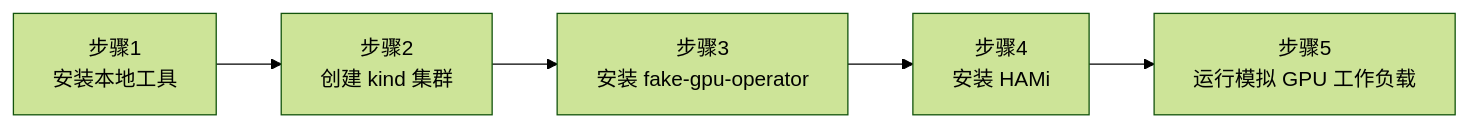
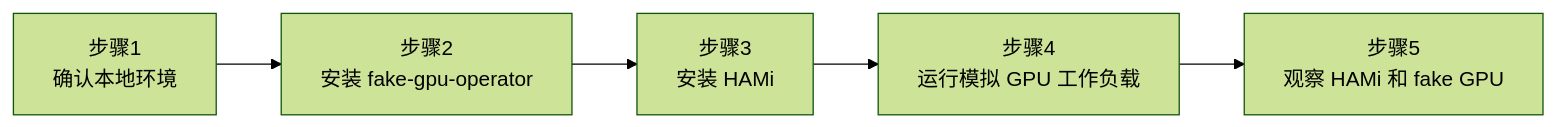
One commit to dynamia-ai/workshop changed the diagram in docs/installation/local-fake-gpu-install.md. Above: the diagram before and after it, drawn with Mermaid (forest theme). The commit also changed other lines of this file and 1 other file, not shown here.

Commit message:
Add fake GPU pod YAML and update local installation documentation for OrbStack

````diff
--- a/docs/installation/local-fake-gpu-install.md
+++ b/docs/installation/local-fake-gpu-install.md
@@ -22,7 +22,7 @@
 ```mermaid
 flowchart LR
-    Step1["步骤1<br/>安装本地工具"] --> Step2["步骤2<br/>创建 kind 集群"]
-    Step2 --> Step3["步骤3<br/>安装 fake-gpu-operator"]
-    Step3 --> Step4["步骤4<br/>安装 HAMi"]
-    Step4 --> Step5["步骤5<br/>运行模拟 GPU 工作负载"]
+    Step1["步骤1<br/>确认本地环境"] --> Step2["步骤2<br/>安装 fake-gpu-operator"]
+    Step2 --> Step3["步骤3<br/>安装 HAMi"]
+    Step3 --> Step4["步骤4<br/>运行模拟 GPU 工作负载"]
+    Step4 --> Step5["步骤5<br/>观察 HAMi 和 fake GPU"]
 ```
````
